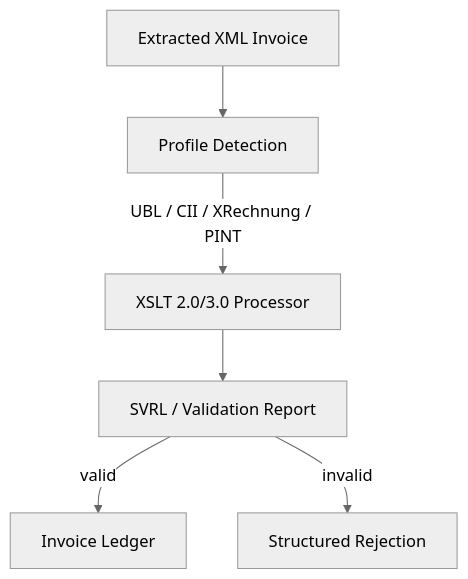
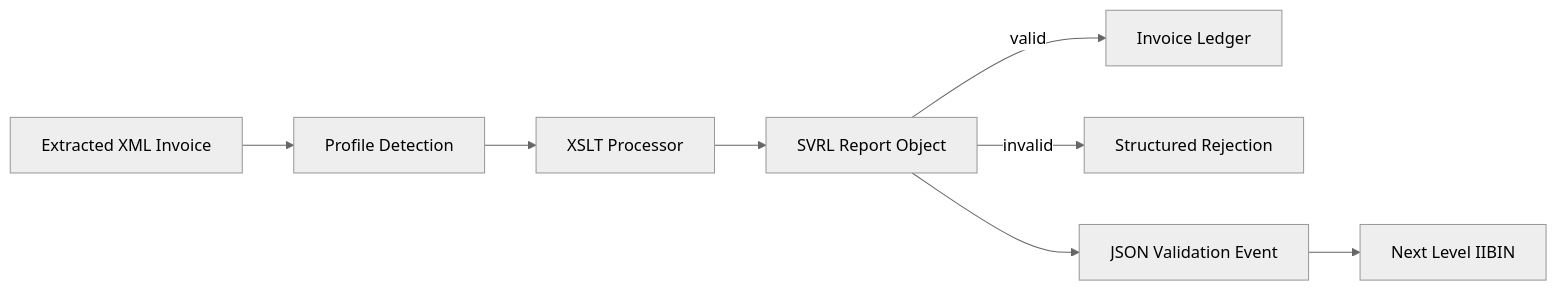
Before and after one commit to Intelligent-Intern/king: the fifth of 12 diagrams in docs/e-invoicing-commerce-platform.md, drawn with Mermaid (neutral theme). The commit also changed other lines of this file and 67 other files, not shown here.

````diff
--- a/docs/e-invoicing-commerce-platform.md
+++ b/docs/e-invoicing-commerce-platform.md
@@ -208,15 +247,16 @@
 ```mermaid
-flowchart TB
-    Extracted[Extracted XML Invoice]
+flowchart LR
+    XML[Extracted XML Invoice]
     Detect[Profile Detection]
-    Xslt[XSLT 2.0/3.0 Processor]
-    Report[SVRL / Validation Report]
+    XSLT[XSLT Processor]
+    Report[SVRL Report Object]
     Ledger[Invoice Ledger]
     Reject[Structured Rejection]
+    Json[JSON Validation Event]
+    Iibin[Next Level IIBIN]
 
-    Extracted --> Detect
-    Detect -->|UBL / CII / XRechnung / PINT| Xslt
-    Xslt --> Report
+    XML --> Detect --> XSLT --> Report
     Report -->|valid| Ledger
     Report -->|invalid| Reject
+    Report --> Json --> Iibin
 ```
````
